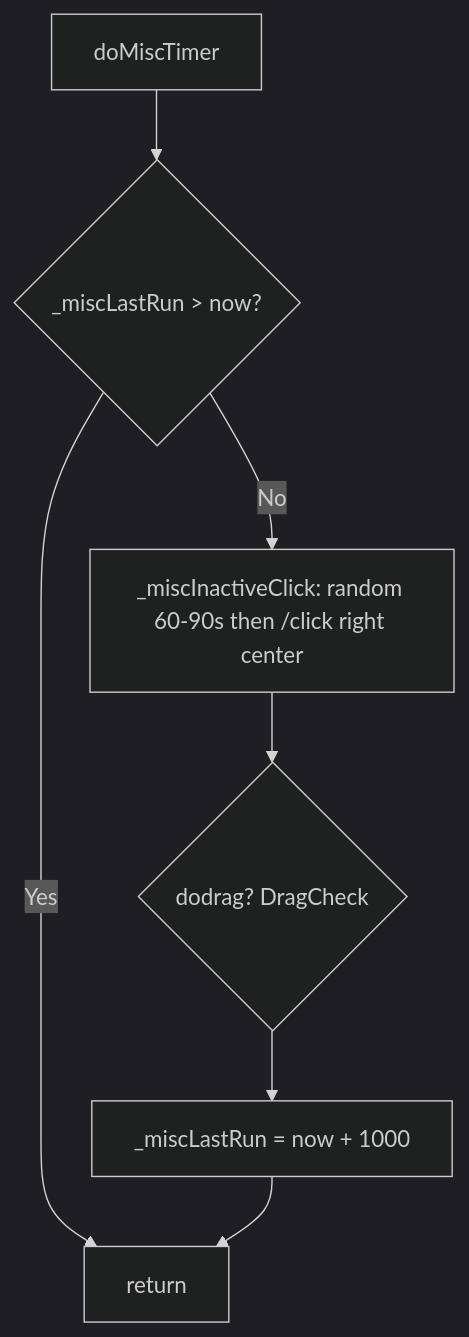
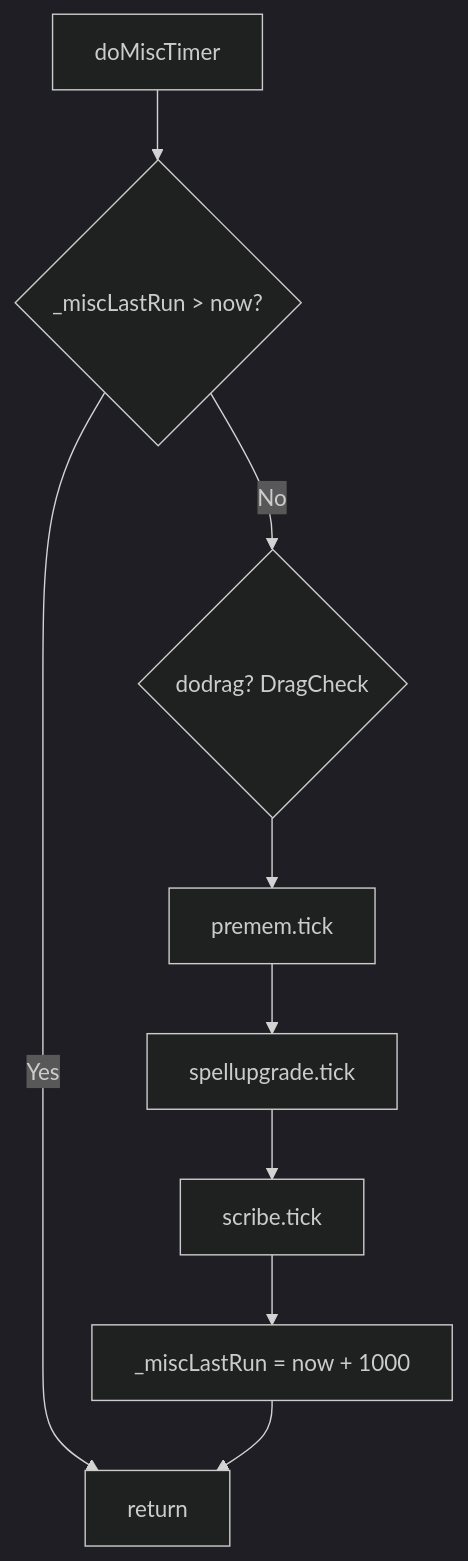
The diagram in docs/botlogic/hook-domisctimer.md (Cezero/czbot), drawn with Mermaid (dark theme) before and after one commit. The commit also changed other lines of this file and 4 other files, not shown here.

````diff
--- a/docs/botlogic/hook-domisctimer.md
+++ b/docs/botlogic/hook-domisctimer.md
@@ -10,9 +12,11 @@
 ```mermaid
 flowchart TB
     Start[doMiscTimer] --> Throttle{_miscLastRun > now?}
     Throttle -->|Yes| End[return]
-    Throttle -->|No| Inactive[_miscInactiveClick: random 60-90s then /click right center]
-    Inactive --> Drag{dodrag? DragCheck}
-    Drag --> SetLast[_miscLastRun = now + 1000]
+    Throttle -->|No| Drag{dodrag? DragCheck}
+    Drag --> Premem[premem.tick]
+    Premem --> Upgrade[spellupgrade.tick]
+    Upgrade --> Scribe[scribe.tick]
+    Scribe --> SetLast[_miscLastRun = now + 1000]
     SetLast --> End
 ```
````
